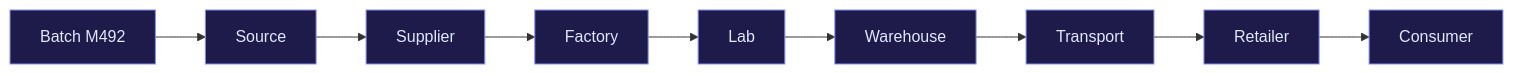
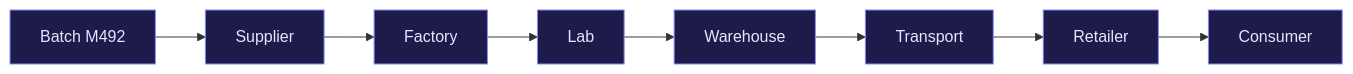
One commit to codeejb/Foodguard changed the fifth of 9 diagrams in README.md. Above: the diagram before and after it, drawn with Mermaid. The commit also changed other lines of this file, not shown here.

````diff
--- a/README.md
+++ b/README.md
@@ -202,6 +270,6 @@
 ```mermaid
 flowchart LR
-    ID["Batch M492"] --> S[Source] --> SU[Supplier] --> FA[Factory] --> LT[Lab] --> WH[Warehouse] --> TR[Transport] --> RE[Retailer] --> CO[Consumer]
+    ID["Batch M492"] --> S[Supplier] --> F[Factory] --> L[Lab] --> W[Warehouse] --> T[Transport] --> R[Retailer] --> C[Consumer]
     classDef dna fill:#1e1b4b,stroke:#818cf8,color:#e0e7ff
-    class ID,S,SU,FA,LT,WH,TR,RE,CO dna
+    class ID,S,F,L,W,T,R,C dna
 ```
````
